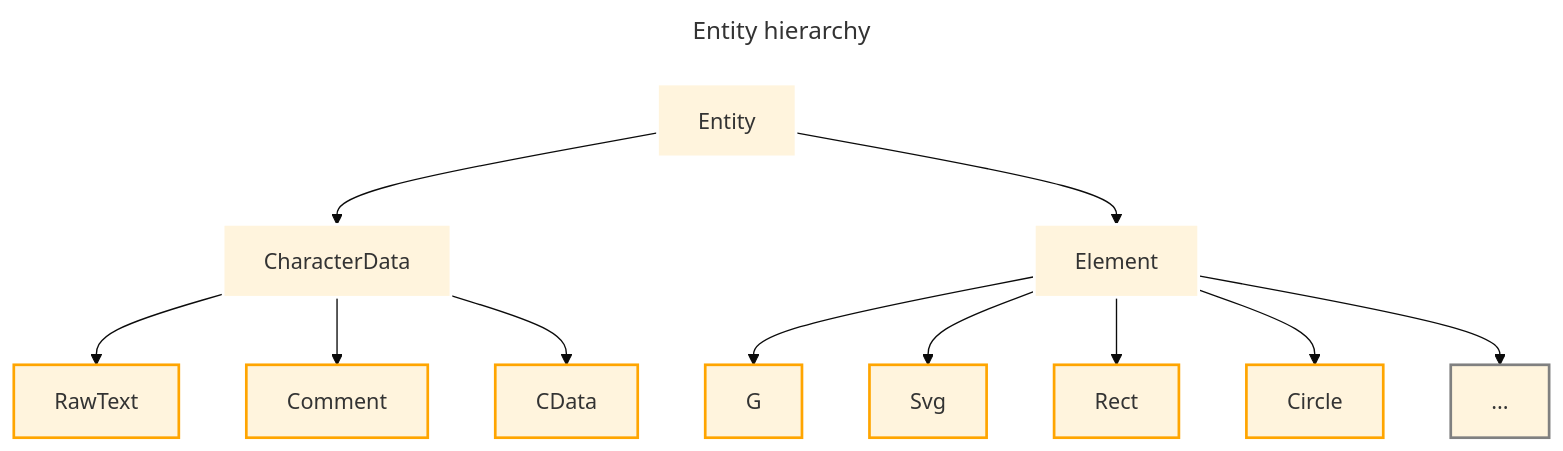
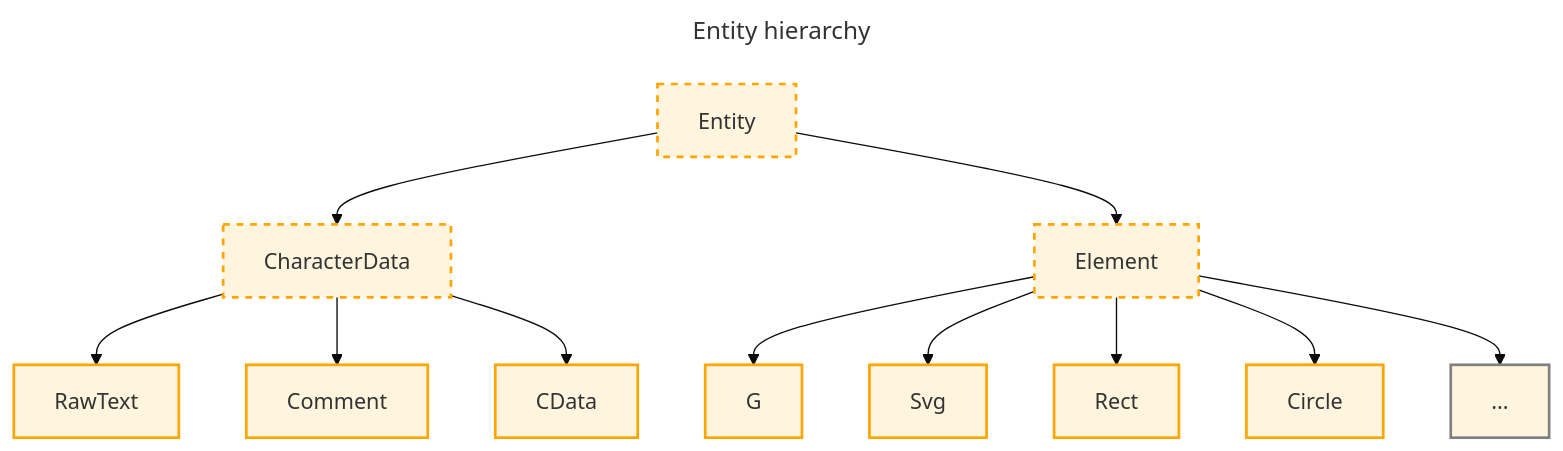
The diagram in README.md (reznakt/svglab), drawn with Mermaid (base theme) before and after one commit. The commit also changed other lines of this file and 5 other files, not shown here.

````diff
--- a/README.md
+++ b/README.md
@@ -70,25 +54,25 @@
 ```mermaid
 ---
 title: Entity hierarchy
 ---
 
 graph TD
   Entity:::abc --> CharacterData
   Entity --> Element
 
   Element:::abc --> G
   Element --> Svg
   Element --> Rect
   Element --> Circle
   Element --> etc1[...]
 
   CharacterData:::abc --> RawText
   CharacterData --> Comment
   CharacterData --> CData
 
   etc1:::etc
 
-  classDef abc stroke:white,stroke-width:2px;
+  classDef abc stroke-dasharray:5 5,stroke-width:2px;
   classDef etc stroke:gray,stroke-width:2px;
   classDef default stroke:orange,stroke-width:2px;
 ```
````
